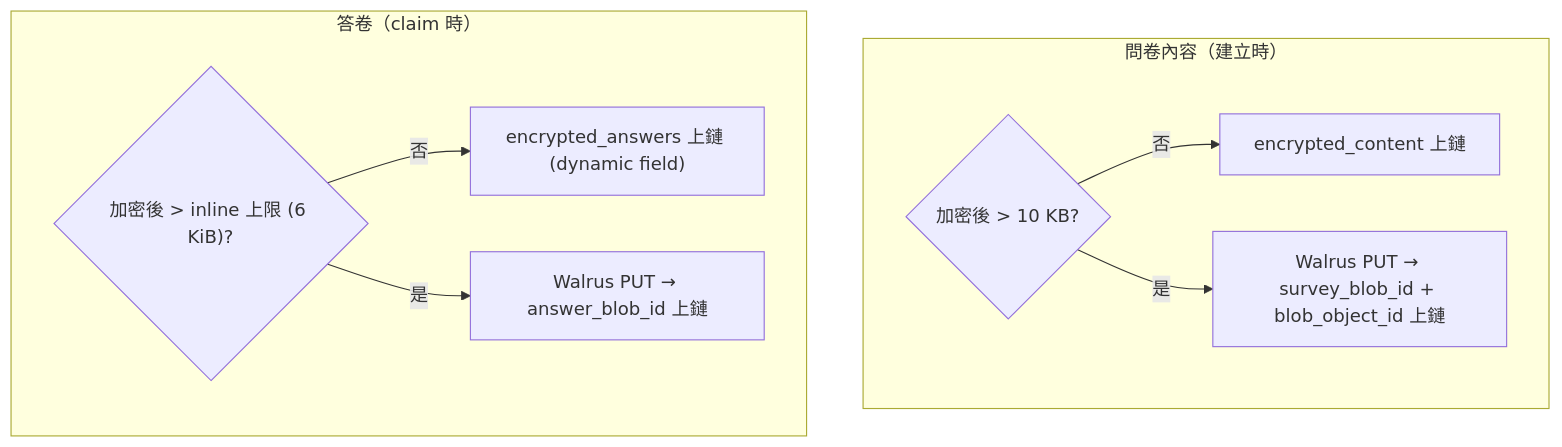
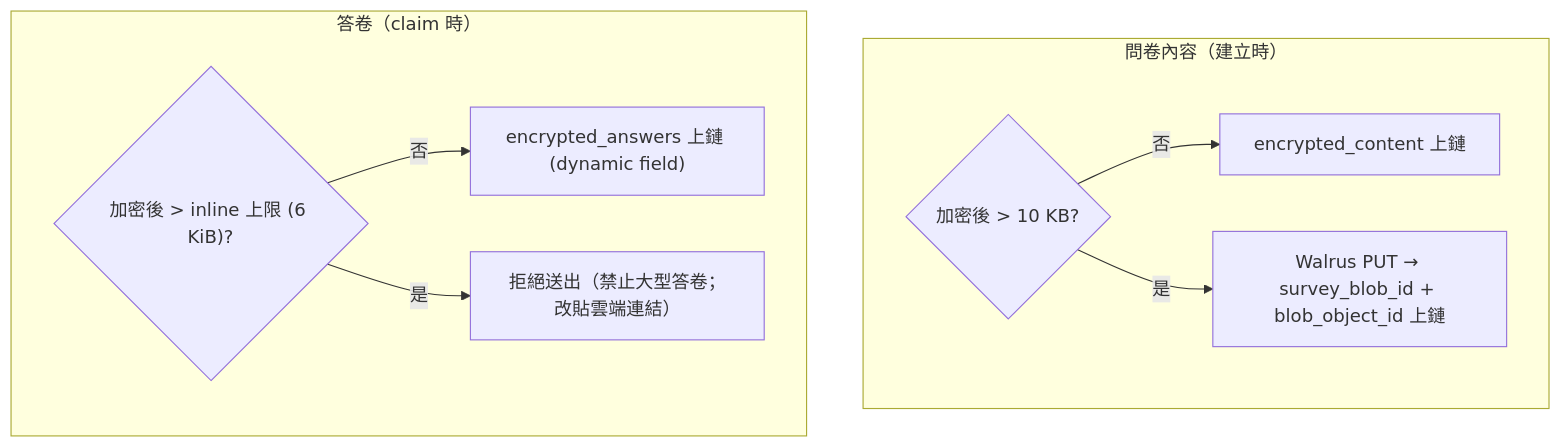
Before and after one commit to arcoshina/SurveySui: the diagram in docs/system_design/StorageStrategy.md, drawn with Mermaid. The commit also changed other lines of this file and 86 other files, not shown here.

````diff
--- a/docs/system_design/StorageStrategy.md
+++ b/docs/system_design/StorageStrategy.md
@@ -11,11 +11,11 @@
 ```mermaid
 flowchart TB
   subgraph survey [問卷內容（建立時）]
     SQ{"加密後 > 10 KB?"} -->|否| SC["encrypted_content 上鏈"]
     SQ -->|是| SW["Walrus PUT → survey_blob_id + blob_object_id 上鏈"]
   end
   subgraph answer [答卷（claim 時）]
     AQ{"加密後 > inline 上限 (6 KiB)?"} -->|否| AC["encrypted_answers 上鏈 (dynamic field)"]
-    AQ -->|是| AW["Walrus PUT → answer_blob_id 上鏈"]
+    AQ -->|是| AX["拒絕送出（禁止大型答卷；改貼雲端連結）"]
   end
 ```
````
